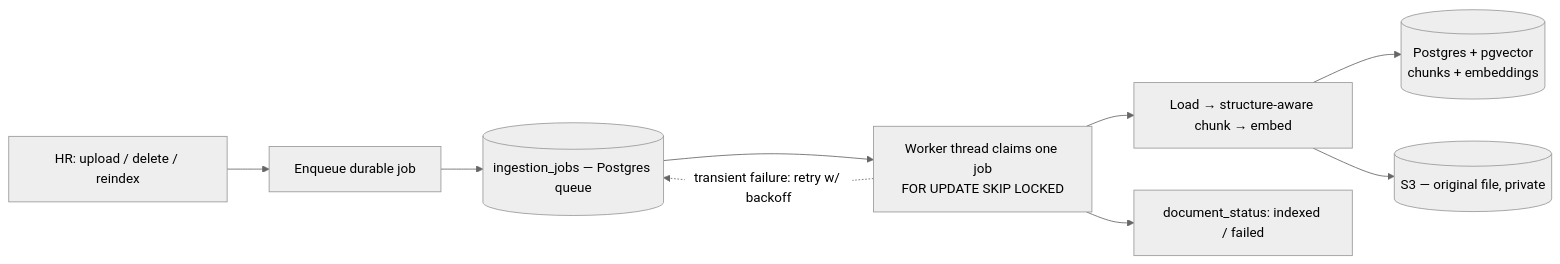
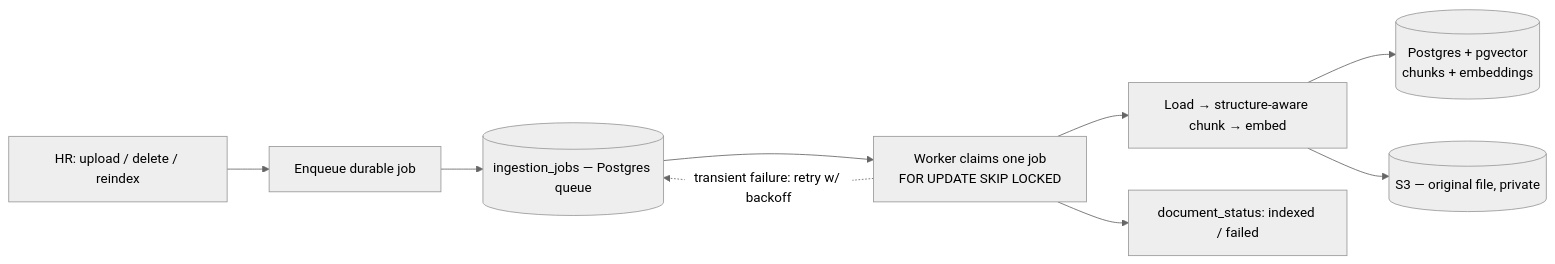
One commit to HardityaGhuman/aria changed the second of 2 diagrams in README.md. Above: the diagram before and after it, drawn with Mermaid (neutral theme). The commit also changed other lines of this file, not shown here.

````diff
--- a/README.md
+++ b/README.md
@@ -133,11 +245,11 @@
 ```mermaid
 flowchart LR
     HR[HR: upload / delete / reindex] --> ENQ[Enqueue durable job]
     ENQ --> Q[(ingestion_jobs — Postgres queue)]
-    Q --> W[Worker thread claims one job<br/>FOR UPDATE SKIP LOCKED]
-    W --> P[Load → structure-aware chunk → embed]
-    P --> PGV[(Postgres + pgvector<br/>chunks + embeddings)]
-    P --> S3[(S3 — original file, private)]
+    Q --> W[Worker claims one job<br/>FOR UPDATE SKIP LOCKED]
+    W --> PR[Load → structure-aware chunk → embed]
+    PR --> PGV[(Postgres + pgvector<br/>chunks + embeddings)]
+    PR --> S3[(S3 — original file, private)]
     W --> ST[document_status: indexed / failed]
     W -.->|transient failure: retry w/ backoff| Q
 ```
````
